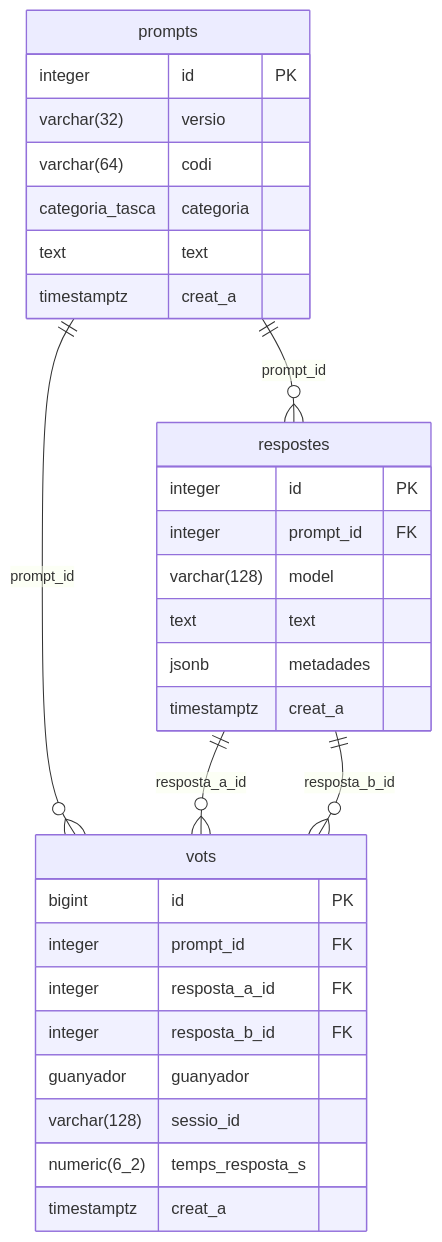
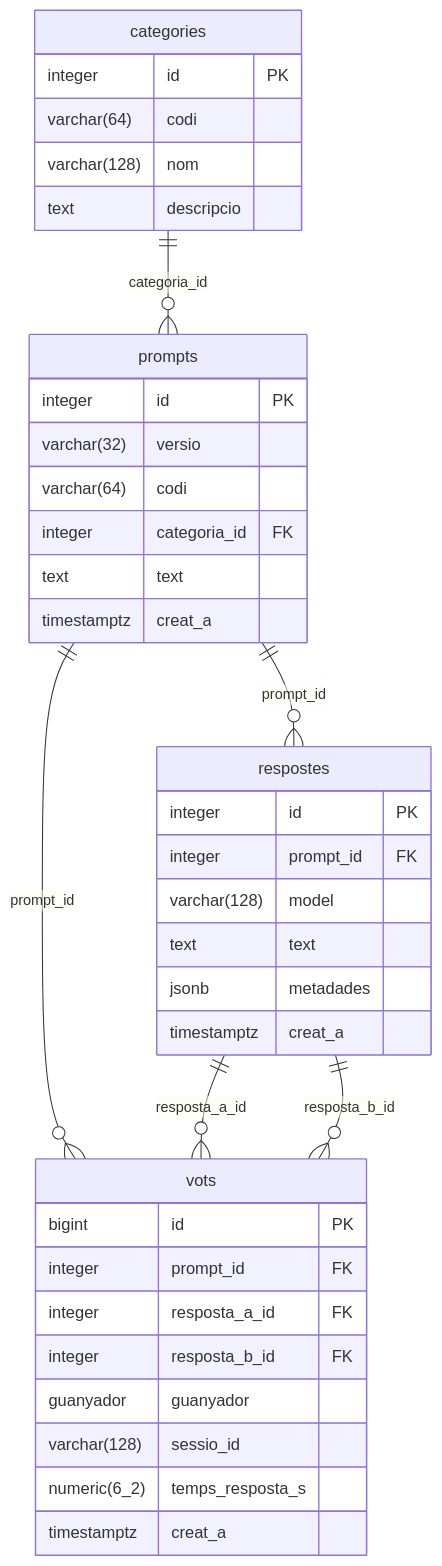
One commit to Softcatala/arena-cat changed the diagram in docs/esquema_db.md. Above: the diagram before and after it, drawn with Mermaid. The commit also changed other lines of this file and 6 other files, not shown here.

````diff
--- a/docs/esquema_db.md
+++ b/docs/esquema_db.md
@@ -7,36 +7,44 @@
 ```mermaid
 erDiagram
+    categories {
+        integer id PK
+        varchar(64) codi
+        varchar(128) nom
+        text descripcio
+    }
+
     prompts {
         integer id PK
         varchar(32) versio
         varchar(64) codi
-        categoria_tasca categoria
+        integer categoria_id FK
         text text
         timestamptz creat_a
     }
 
     respostes {
         integer id PK
         integer prompt_id FK
         varchar(128) model
         text text
         jsonb metadades
         timestamptz creat_a
     }
 
     vots {
         bigint id PK
         integer prompt_id FK
         integer resposta_a_id FK
         integer resposta_b_id FK
         guanyador guanyador
         varchar(128) sessio_id
         numeric(6_2) temps_resposta_s
         timestamptz creat_a
     }
 
+    categories ||--o{ prompts : "categoria_id"
     prompts ||--o{ respostes : "prompt_id"
     prompts ||--o{ vots : "prompt_id"
     respostes ||--o{ vots : "resposta_a_id"
     respostes ||--o{ vots : "resposta_b_id"
 ```
````
